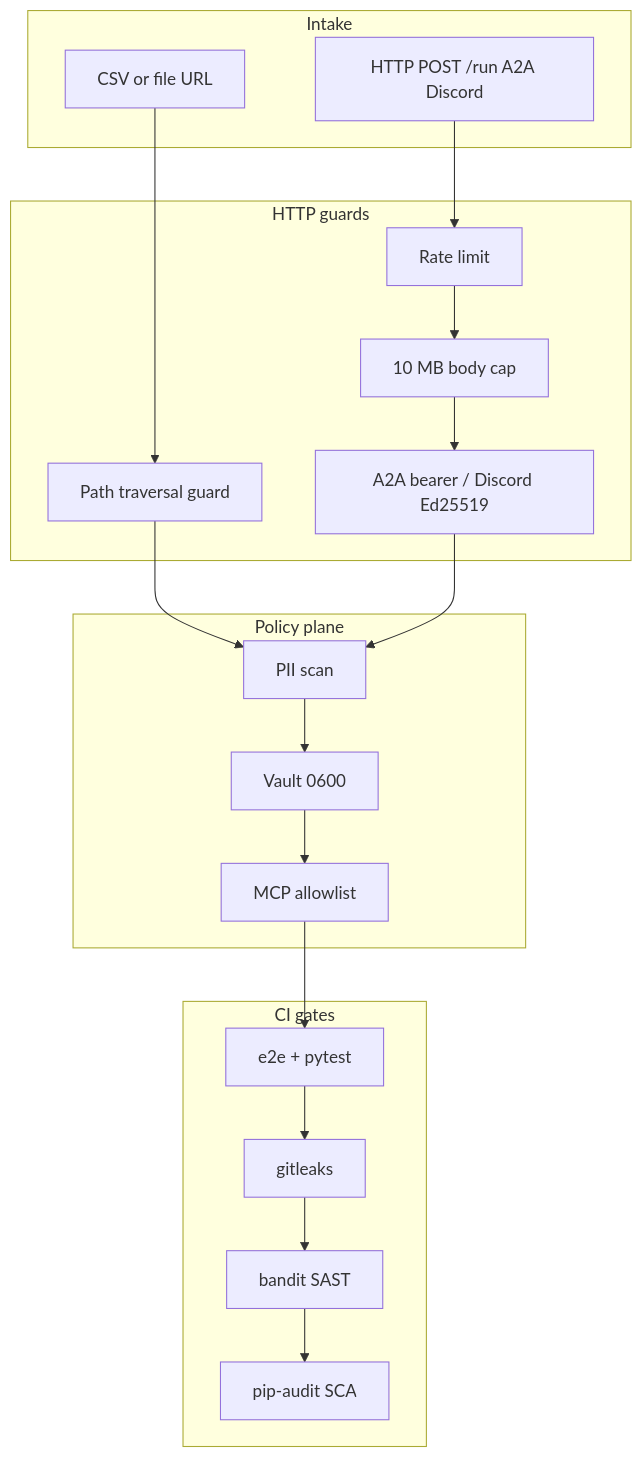
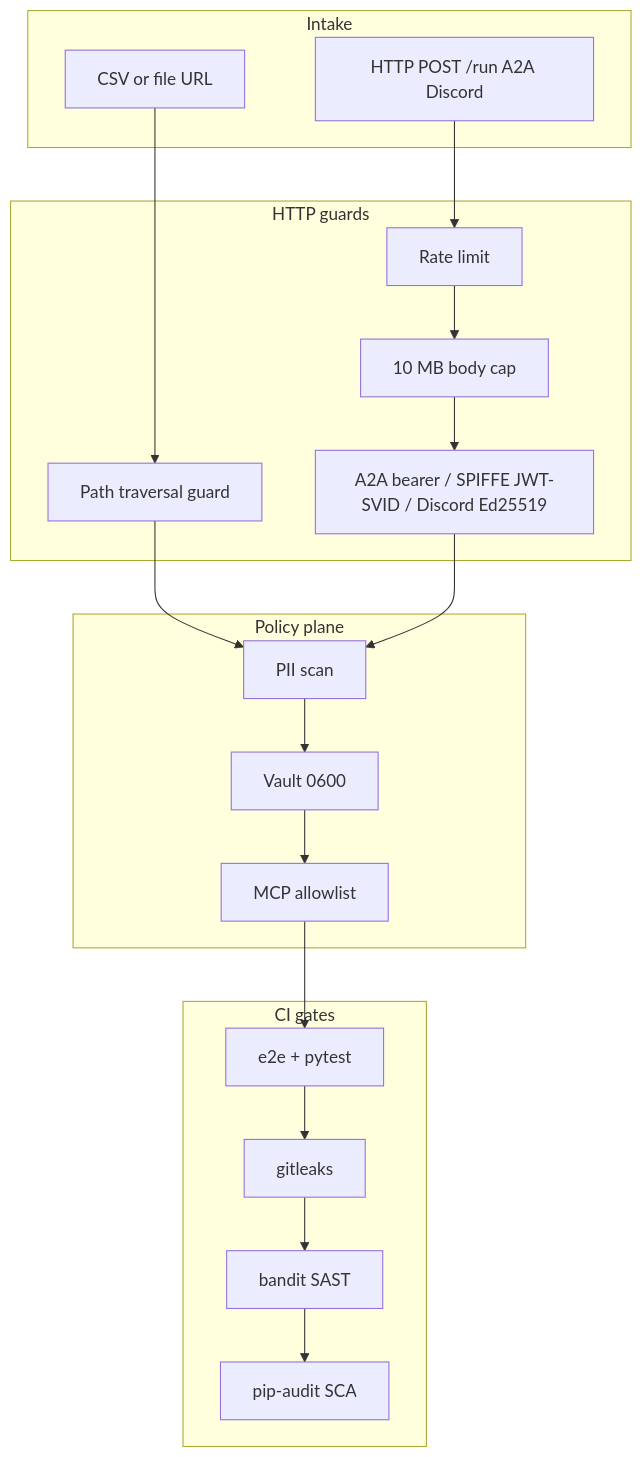
The first of 3 diagrams in docs/SECURITY-HARDENING.md (khaosans/operator-etl), drawn with Mermaid before and after one commit. The commit also changed other lines of this file and 32 other files, not shown here.

First line of the commit message:
Add SPIFFE JWT-SVID auth for Control-plane HTTP surfaces.

````diff
--- a/docs/SECURITY-HARDENING.md
+++ b/docs/SECURITY-HARDENING.md
@@ -15,40 +15,40 @@
 ```mermaid
 flowchart TB
   subgraph intake [Intake]
     CSV[CSV or file URL]
     HTTP[HTTP POST /run A2A Discord]
   end
 
   subgraph middleware [HTTP guards]
     Rate[Rate limit]
     Body[10 MB body cap]
     Path[Path traversal guard]
-    Auth[A2A bearer / Discord Ed25519]
+    Auth[A2A bearer / SPIFFE JWT-SVID / Discord Ed25519]
   end
 
   subgraph policy [Policy plane]
     PII[PII scan]
     Vault[Vault 0600]
     MCP[MCP allowlist]
   end
 
   subgraph ci [CI gates]
     E2E[e2e + pytest]
     Gitleaks[gitleaks]
     Bandit[bandit SAST]
     Audit[pip-audit SCA]
   end
 
   CSV --> Path
   HTTP --> Rate
   Rate --> Body
   Body --> Auth
   Path --> PII
   Auth --> PII
   PII --> Vault
   Vault --> MCP
   MCP --> E2E
   E2E --> Gitleaks
   Gitleaks --> Bandit
   Bandit --> Audit
 ```
````
